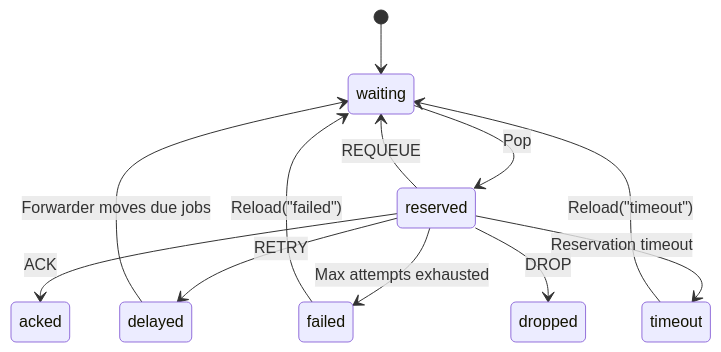
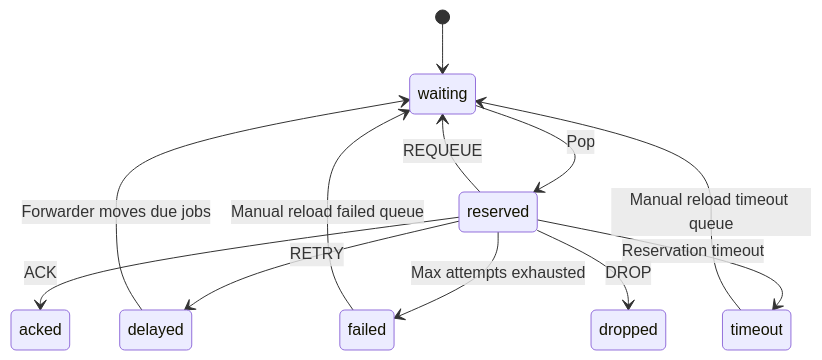
Before and after one commit to liuxiaozhicn/async-queue-go: the third of 4 diagrams in docs/guide.md, drawn with Mermaid. The commit also changed other lines of this file and 1 other file, not shown here.

Commit message:
docs fix mermaid labels for github rendering

````diff
--- a/docs/guide.md
+++ b/docs/guide.md
@@ -107,14 +107,14 @@
 ```mermaid
 stateDiagram-v2
     [*] --> waiting
     waiting --> reserved: Pop
     reserved --> acked: ACK
     reserved --> delayed: RETRY
     reserved --> waiting: REQUEUE
     reserved --> failed: Max attempts exhausted
     reserved --> timeout: Reservation timeout
     delayed --> waiting: Forwarder moves due jobs
-    timeout --> waiting: Reload("timeout")
-    failed --> waiting: Reload("failed")
+    timeout --> waiting: Manual reload timeout queue
+    failed --> waiting: Manual reload failed queue
     reserved --> dropped: DROP
 ```
````
